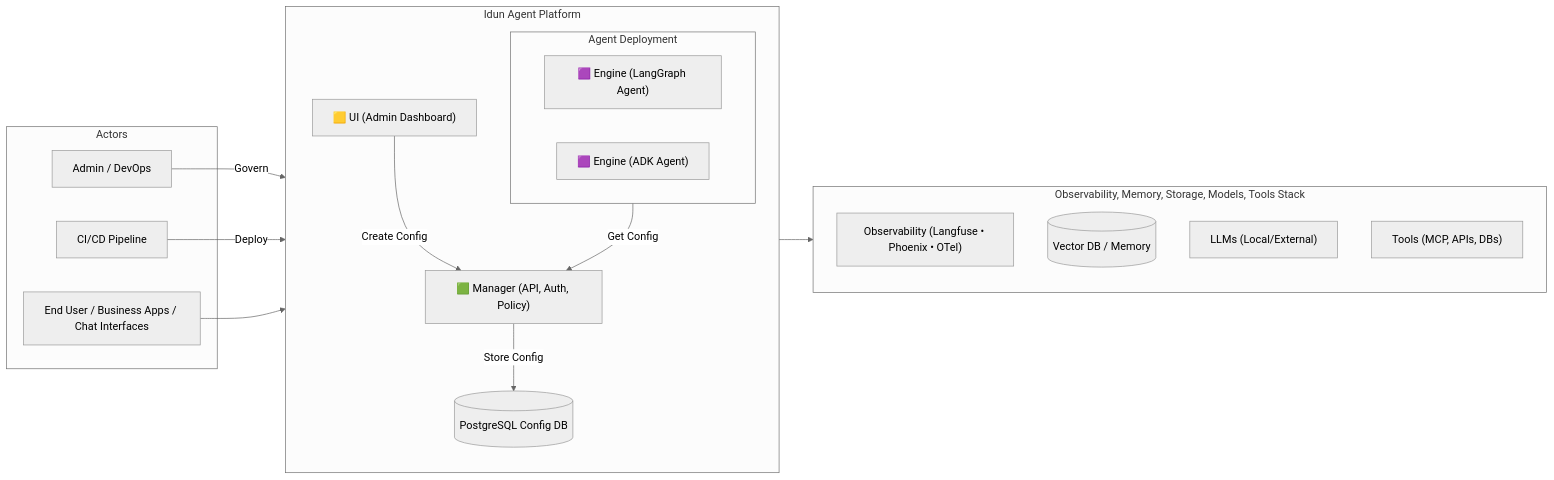
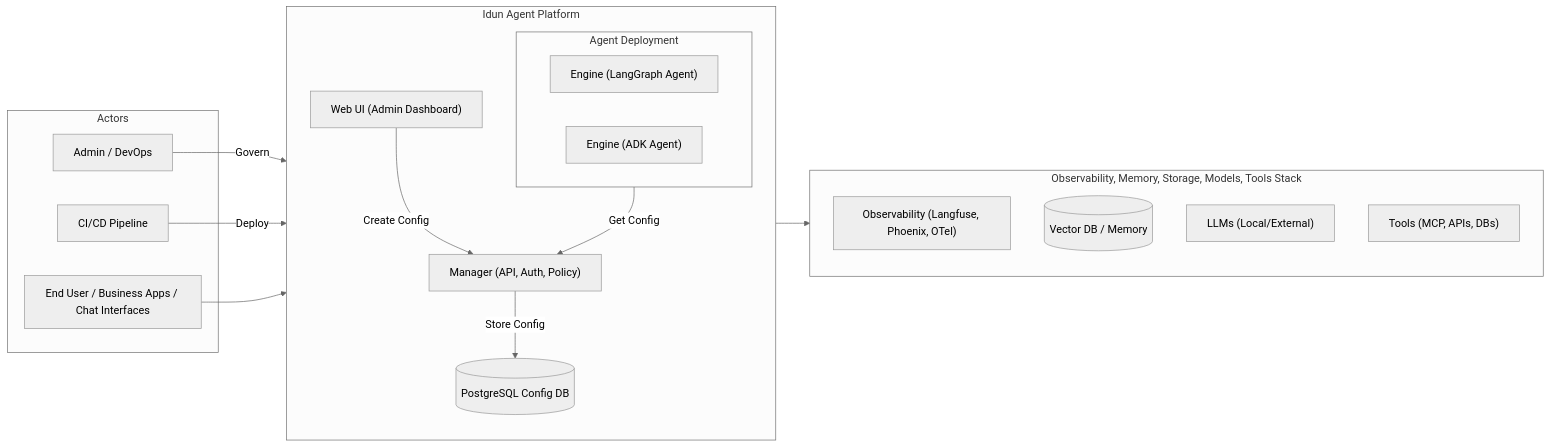
Before and after one commit to Idun-Group/idun-agent-platform: the diagram in README.md, drawn with Mermaid (neutral theme). The commit also changed other lines of this file and 305 other files, not shown here.

````diff
--- a/README.md
+++ b/README.md
@@ -250,45 +218,40 @@
 ```mermaid
 flowchart LR
   subgraph Actors["Actors"]
     ChatUI["End User / Business Apps / Chat Interfaces"]
     Admin["Admin / DevOps"]
     CICD["CI/CD Pipeline"]
   end
 
   subgraph Idun_Platform["Idun Agent Platform"]
     direction TB
-    UI["🟨 UI (Admin Dashboard)"]
-    MGR["🟩 Manager (API, Auth, Policy)"]
+    UI["Web UI (Admin Dashboard)"]
+    MGR["Manager (API, Auth, Policy)"]
 
     subgraph Agents["Agent Deployment"]
-      ENG1["🟪 Engine (LangGraph Agent)"]
-      ENG2["🟪 Engine (ADK Agent)"]
+      ENG1["Engine (LangGraph Agent)"]
+      ENG2["Engine (ADK Agent)"]
     end
 
     CFGDB[(PostgreSQL Config DB)]
   end
 
   subgraph Stack["Observability, Memory, Storage, Models, Tools Stack"]
-    OBS["Observability (Langfuse • Phoenix • OTel)"]
+    OBS["Observability (Langfuse, Phoenix, OTel)"]
     VDB[(Vector DB / Memory)]
     LLM["LLMs (Local/External)"]
     TOOLS["Tools (MCP, APIs, DBs)"]
   end
 
-  %% Admin Governance Flow
   Admin -- "Govern" --> UI
   UI -- "Create Config" --> MGR
   MGR -- "Store Config" --> CFGDB
 
-  %% Engines Fetching Config
   Agents -- "Get Config" --> MGR
 
-  %% CI/CD Deploying Agents
   CICD -- "Deploy" --> Agents
 
-  %% End User Flow
   ChatUI --> Agents
 
-  %% Engine External Connections
   Agents --> Stack
 ```
````
